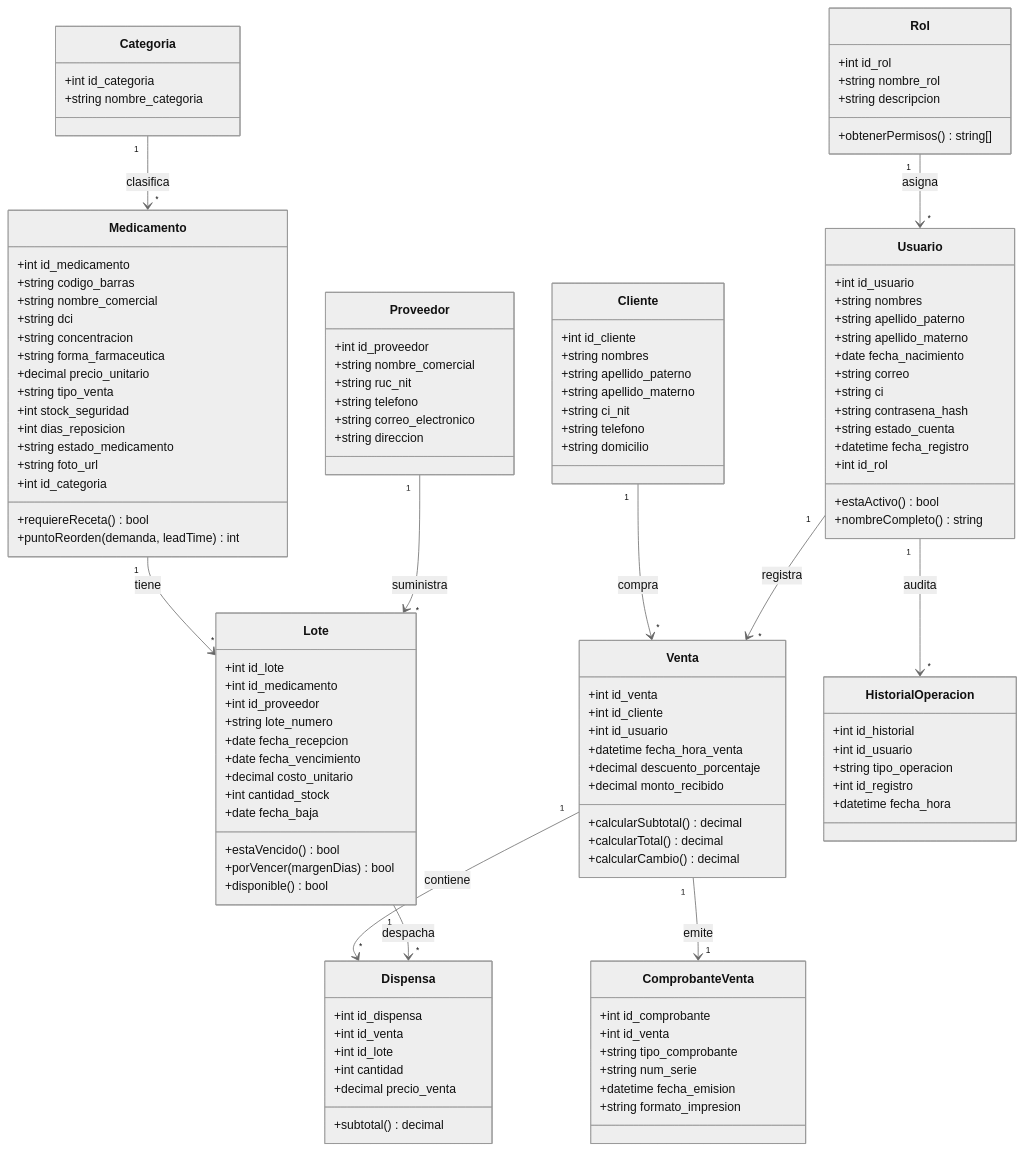
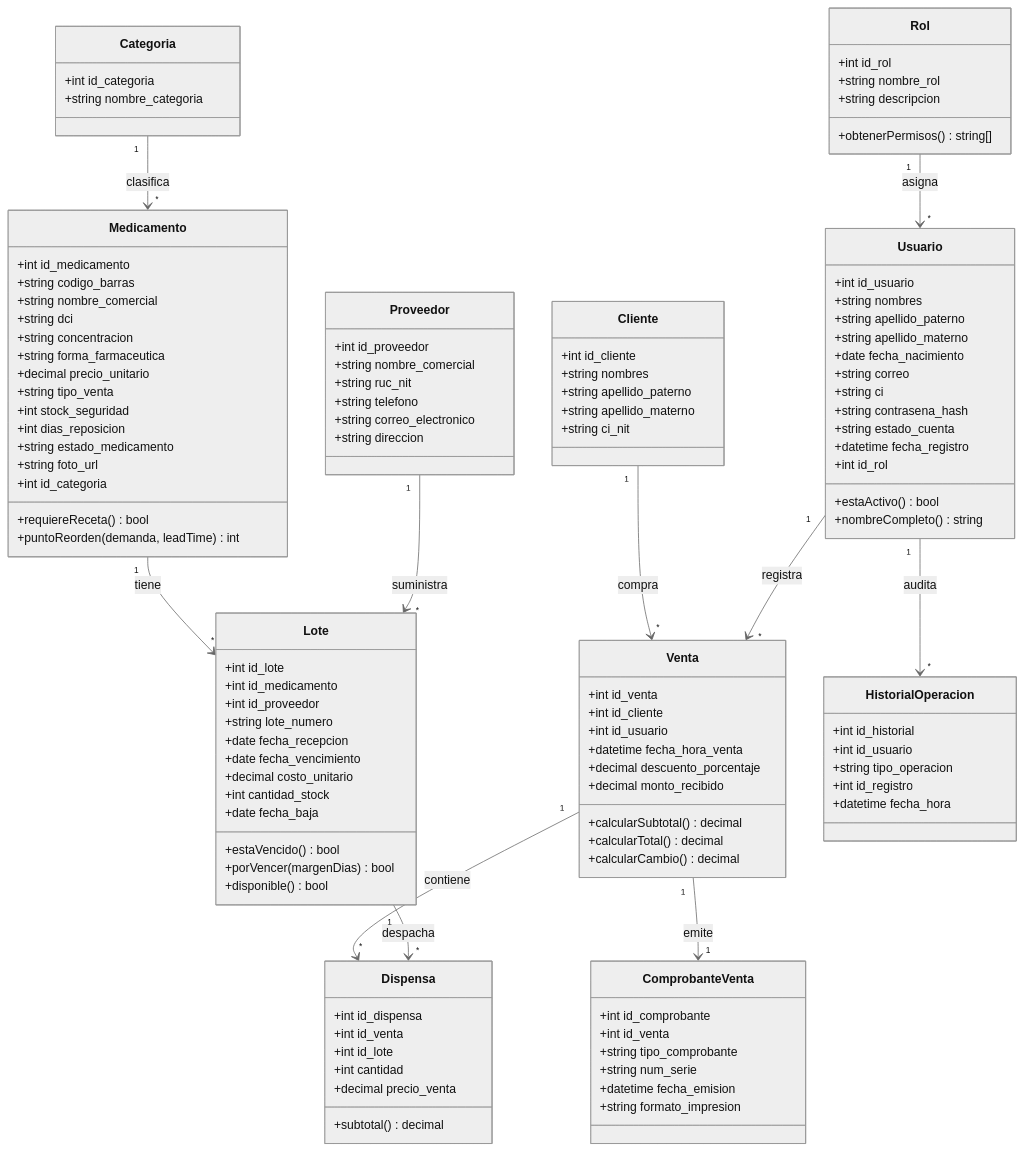
The second of 2 diagrams in docs/MODELO-DATOS.md (T-T-MoY/Software-de-Control-de-Inventario-y-Ventas-para-Farmacias), drawn with Mermaid (neutral theme) before and after one commit. The commit also changed other lines of this file and 41 other files, not shown here.

```diff
--- a/docs/MODELO-DATOS.md
+++ b/docs/MODELO-DATOS.md
@@ -231,8 +229,6 @@
         +string apellido_paterno
         +string apellido_materno
         +string ci_nit
-        +string telefono
-        +string domicilio
     }
 
     class Venta {
```
